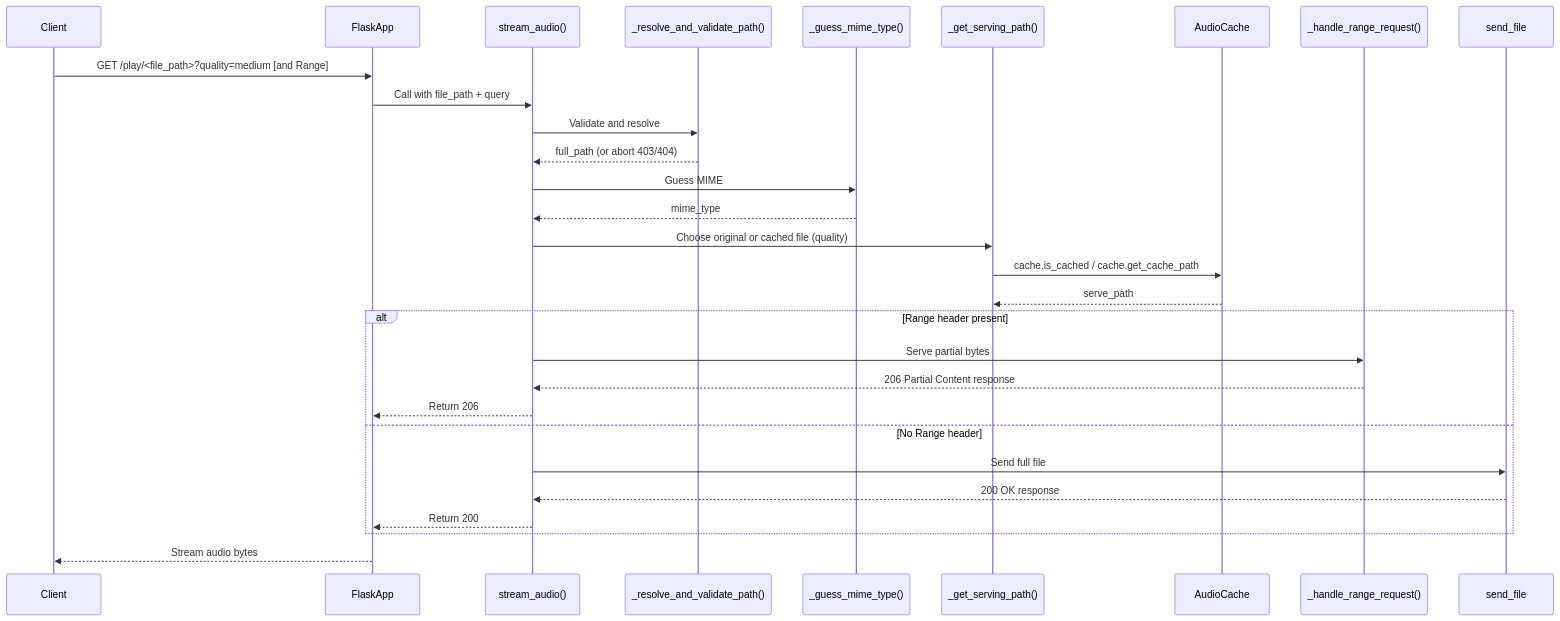
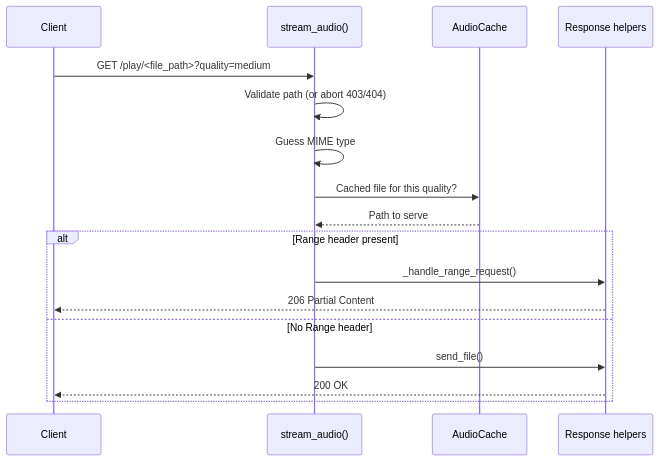
One commit to mark-me/mixtape-society changed the first of 2 diagrams in docs/development/audio-playback/overview.md. Above: the diagram before and after it, drawn with Mermaid. The commit also changed other lines of this file and 19 other files, not shown here.

First line of the commit message:
Simplify unreadable diagrams and correct small errors in the docs

````diff
--- a/docs/development/audio-playback/overview.md
+++ b/docs/development/audio-playback/overview.md
@@ -44,32 +44,20 @@
 ```mermaid
 sequenceDiagram
     participant Client
-    participant FlaskApp
-    participant stream_audio as stream_audio()
-    participant resolve as _resolve_and_validate_path()
-    participant guess_mime as _guess_mime_type()
-    participant serving_path as _get_serving_path()
-    participant AudioCache
-    participant range_request as _handle_range_request()
-    participant send_file
+    participant Route as stream_audio()
+    participant Cache as AudioCache
+    participant Send as Response helpers
 
-    Client->>FlaskApp: GET /play/#lt;file_path#gt;?quality=medium [and Range]
-    FlaskApp->>stream_audio: Call with file_path + query
-    stream_audio->>resolve: Validate and resolve
-    resolve-->>stream_audio: full_path (or abort 403/404)
-    stream_audio->>guess_mime: Guess MIME
-    guess_mime-->>stream_audio: mime_type
-    stream_audio->>serving_path: Choose original or cached file (quality)
-    serving_path->>AudioCache: cache.is_cached / cache.get_cache_path
-    AudioCache-->>serving_path: serve_path
+    Client->>Route: GET /play/#lt;file_path#gt;?quality=medium
+    Route->>Route: Validate path (or abort 403/404)
+    Route->>Route: Guess MIME type
+    Route->>Cache: Cached file for this quality?
+    Cache-->>Route: Path to serve
     alt Range header present
-        stream_audio->>range_request: Serve partial bytes
-        range_request-->>stream_audio: 206 Partial Content response
-        stream_audio-->>FlaskApp: Return 206
+        Route->>Send: _handle_range_request()
+        Send-->>Client: 206 Partial Content
     else No Range header
-        stream_audio->>send_file: Send full file
-        send_file-->>stream_audio: 200 OK response
-        stream_audio-->>FlaskApp: Return 200
+        Route->>Send: send_file()
+        Send-->>Client: 200 OK
     end
-    FlaskApp-->>Client: Stream audio bytes
 ```
````
